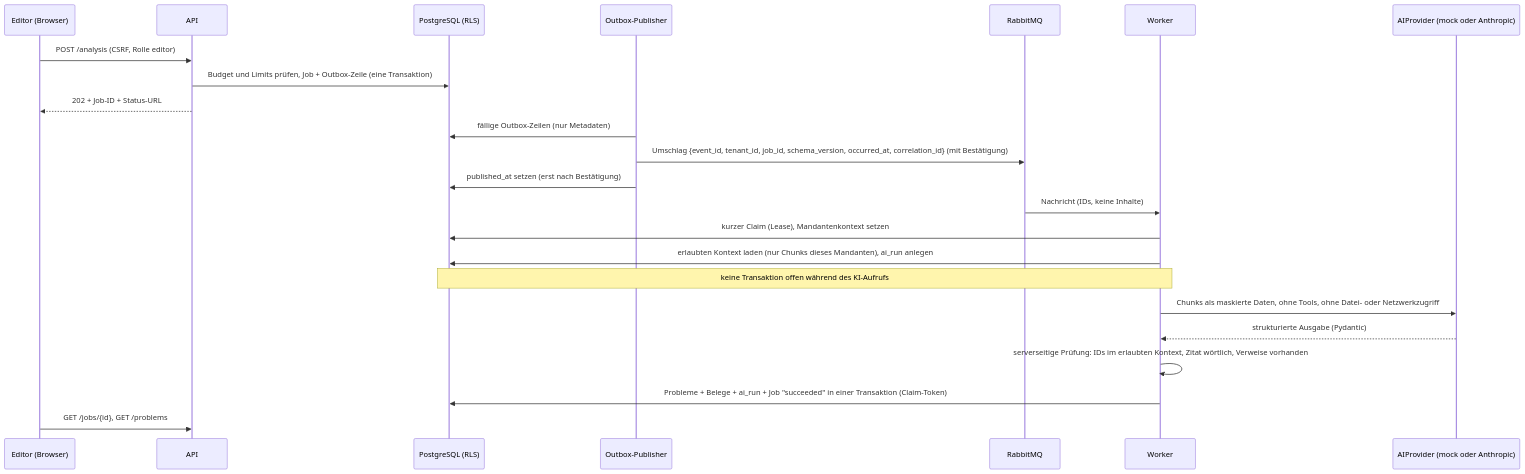
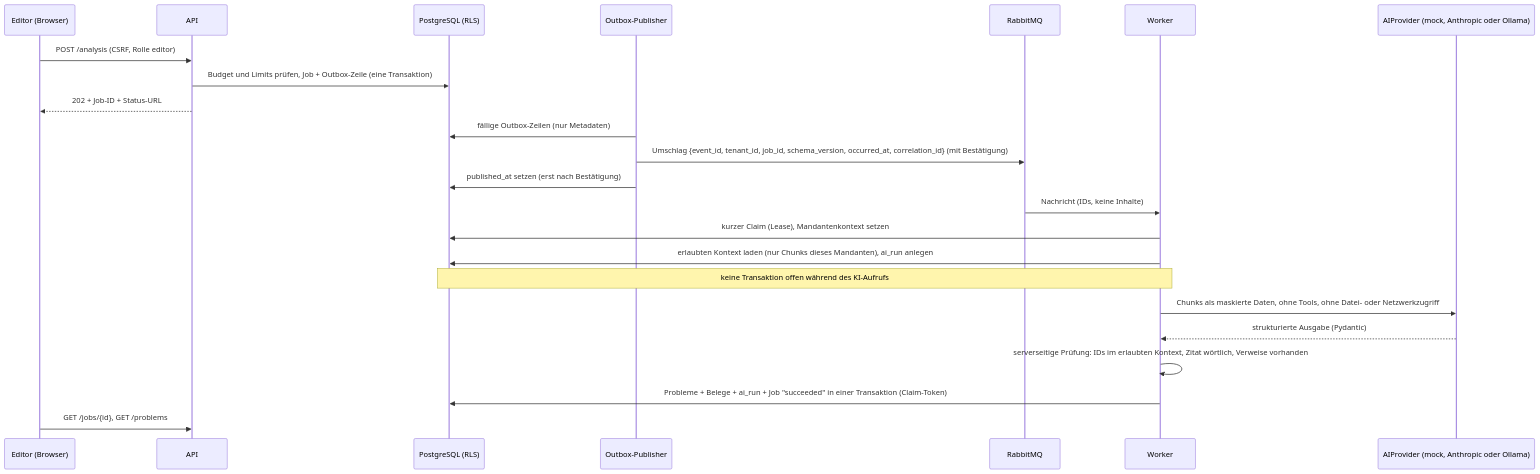
The diagram in docs/architecture/ai-dataflow.md (1uedev/product), drawn with Mermaid before and after one commit. The commit also changed other lines of this file and 34 other files, not shown here.

````diff
--- a/docs/architecture/ai-dataflow.md
+++ b/docs/architecture/ai-dataflow.md
@@ -3,25 +3,25 @@
 ```mermaid
 sequenceDiagram
     participant U as Editor (Browser)
     participant A as API
     participant DB as PostgreSQL (RLS)
     participant O as Outbox-Publisher
     participant Q as RabbitMQ
     participant W as Worker
-    participant P as AIProvider (mock oder Anthropic)
+    participant P as AIProvider (mock, Anthropic oder Ollama)
     U->>A: POST /analysis (CSRF, Rolle editor)
     A->>DB: Budget und Limits prüfen, Job + Outbox-Zeile (eine Transaktion)
     A-->>U: 202 + Job-ID + Status-URL
     O->>DB: fällige Outbox-Zeilen (nur Metadaten)
     O->>Q: Umschlag {event_id, tenant_id, job_id, schema_version, occurred_at, correlation_id} (mit Bestätigung)
     O->>DB: published_at setzen (erst nach Bestätigung)
     Q->>W: Nachricht (IDs, keine Inhalte)
     W->>DB: kurzer Claim (Lease), Mandantenkontext setzen
     W->>DB: erlaubten Kontext laden (nur Chunks dieses Mandanten), ai_run anlegen
     Note over W,DB: keine Transaktion offen während des KI-Aufrufs
     W->>P: Chunks als maskierte Daten, ohne Tools, ohne Datei- oder Netzwerkzugriff
     P-->>W: strukturierte Ausgabe (Pydantic)
     W->>W: serverseitige Prüfung: IDs im erlaubten Kontext, Zitat wörtlich, Verweise vorhanden
     W->>DB: Probleme + Belege + ai_run + Job "succeeded" in einer Transaktion (Claim-Token)
     U->>A: GET /jobs/{id}, GET /problems
 ```
````
